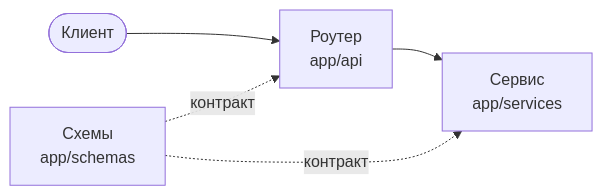
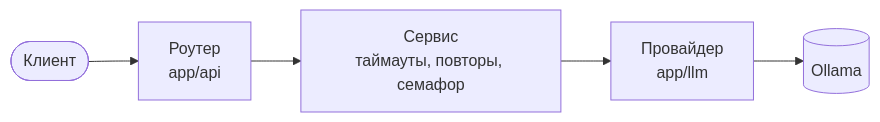
The diagram in README.md (DelixeamI/llm-chat-api), drawn with Mermaid before and after one commit. The commit also changed other lines of this file and 1 other file, not shown here.

````diff
--- a/README.md
+++ b/README.md
@@ -55,7 +65,7 @@
 ```mermaid
 flowchart LR
     client([Клиент]) --> router[Роутер<br/>app/api]
-    router --> service[Сервис<br/>app/services]
-    schemas[Схемы<br/>app/schemas] -.контракт.-> router
-    schemas -.контракт.-> service
+    router --> service[Сервис<br/>таймауты, повторы, семафор]
+    service --> provider[Провайдер<br/>app/llm]
+    provider --> ollama[(Ollama)]
 ```
````
